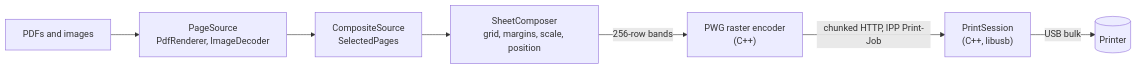
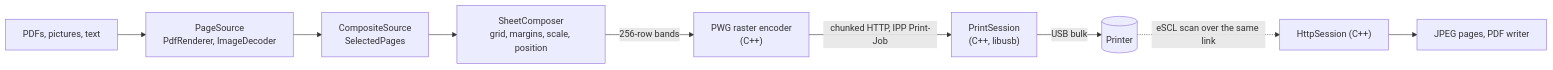
Before and after one commit to Crescentric-Labs/freeprint: the diagram in README.md, drawn with Mermaid. The commit also changed other lines of this file, not shown here.

````diff
--- a/README.md
+++ b/README.md
@@ -65,9 +300,11 @@
 ```mermaid
 flowchart LR
-    A["PDFs and images"] --> B["PageSource<br/>PdfRenderer, ImageDecoder"]
+    A["PDFs, pictures, text"] --> B["PageSource<br/>PdfRenderer, ImageDecoder"]
     B --> C["CompositeSource<br/>SelectedPages"]
     C --> D["SheetComposer<br/>grid, margins, scale, position"]
     D -->|"256-row bands"| E["PWG raster encoder<br/>(C++)"]
     E -->|"chunked HTTP, IPP Print-Job"| F["PrintSession<br/>(C++, libusb)"]
     F -->|"USB bulk"| G[("Printer")]
+    G -.->|"eSCL scan over the same link"| H["HttpSession (C++)"]
+    H --> I["JPEG pages, PDF writer"]
 ```
````
